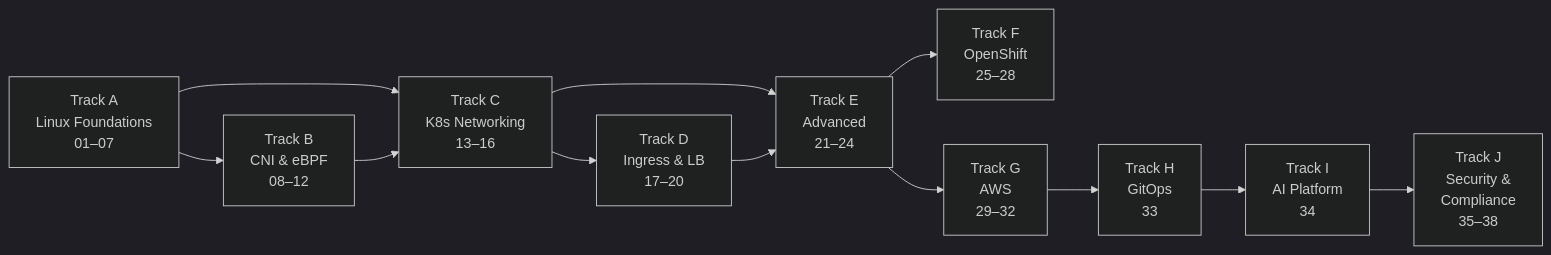
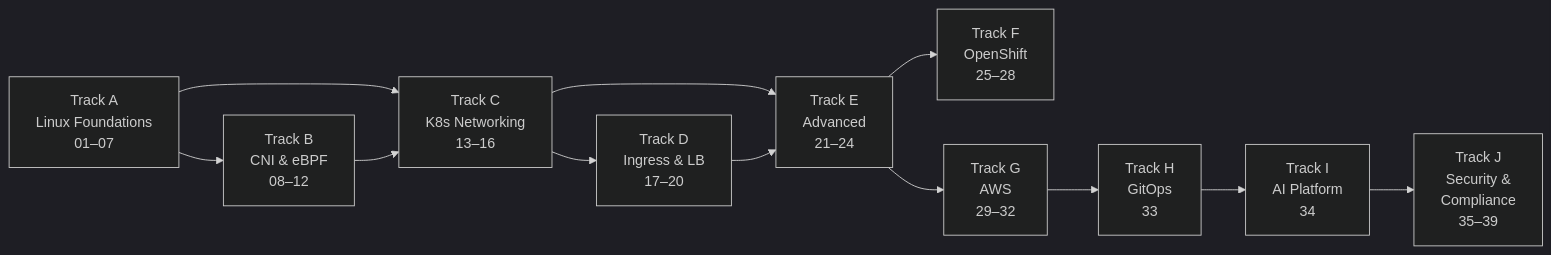
One commit to MykolaLebid/Kubernetes_networking_engineering changed the diagram in docs/index.md. Above: the diagram before and after it, drawn with Mermaid (dark theme). The commit also changed other lines of this file and 9 other files, not shown here.

````diff
--- a/docs/index.md
+++ b/docs/index.md
@@ -105,16 +105,16 @@
 ```mermaid
 flowchart LR
     A["Track A\nLinux Foundations\n01–07"] --> B
     A --> C
     B["Track B\nCNI & eBPF\n08–12"] --> C
     C["Track C\nK8s Networking\n13–16"] --> D
     C --> E
     D["Track D\nIngress & LB\n17–20"] --> E
     E["Track E\nAdvanced\n21–24"] --> F
     E --> G
     F["Track F\nOpenShift\n25–28"]
     G["Track G\nAWS\n29–32"] --> H
     H["Track H\nGitOps\n33"] --> I
     I["Track I\nAI Platform\n34"] --> J
-    J["Track J\nSecurity &\nCompliance\n35–38"]
+    J["Track J\nSecurity &\nCompliance\n35–39"]
 ```
````
